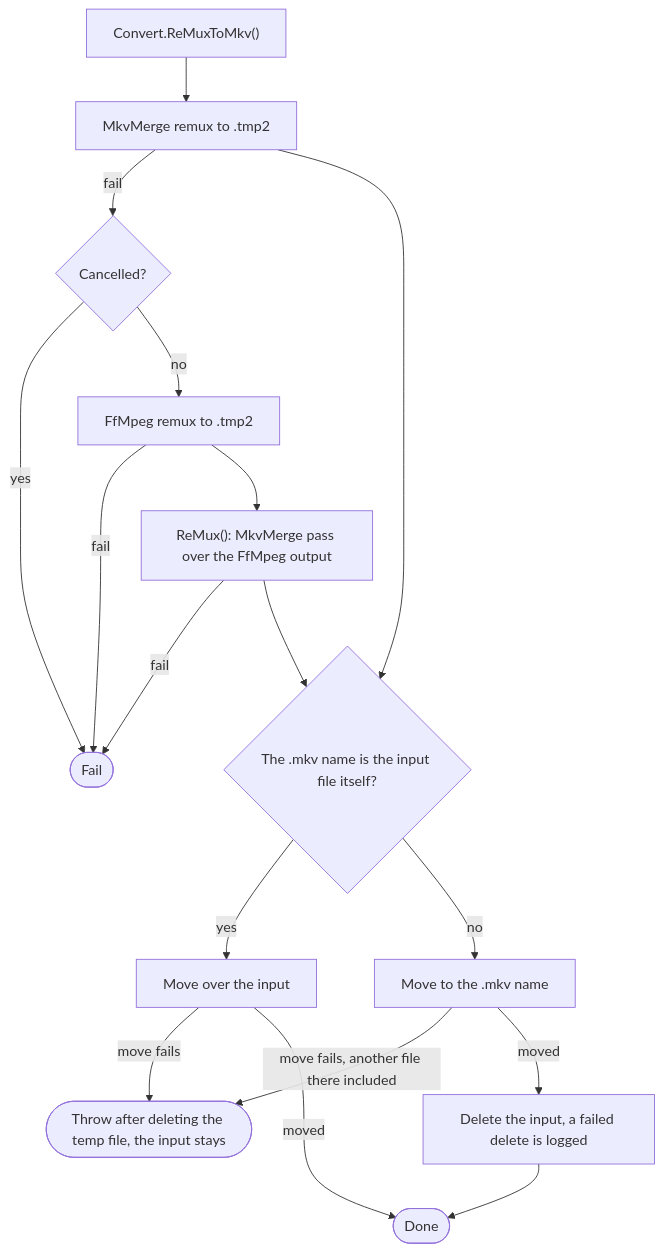
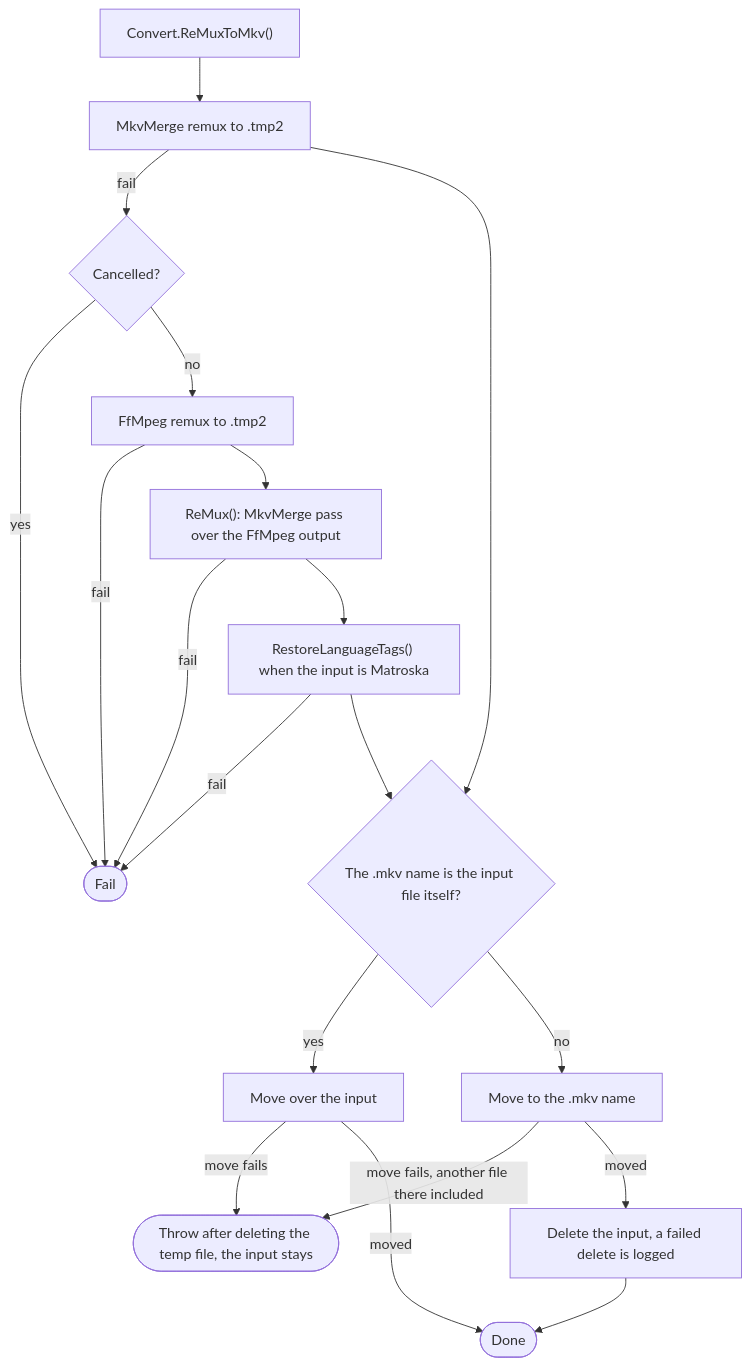
Before and after one commit to ptr727/PlexCleaner: the fifth of 20 diagrams in ARCHITECTURE.md, drawn with Mermaid. The commit also changed other lines of this file and 6 other files, not shown here.

First line of the commit message:
Restore IETF Language Tags After Every FFmpeg or HandBrake Rewrite

````diff
--- a/ARCHITECTURE.md
+++ b/ARCHITECTURE.md
@@ -435,19 +436,21 @@
 ```mermaid
 flowchart TD
   X0["Convert.ReMuxToMkv()"] --> X1["MkvMerge remux to .tmp2"]
   X1 -->|fail| X2{"Cancelled?"}
   X2 -->|yes| XF(["Fail"])
   X2 -->|no| X3["FfMpeg remux to .tmp2"]
   X3 -->|fail| XF
   X3 --> X4["ReMux(): MkvMerge pass over the FfMpeg output"]
   X4 -->|fail| XF
+  X4 --> X9["RestoreLanguageTags() when the input is Matroska"]
+  X9 -->|fail| XF
   X1 --> X5{"The .mkv name is the input file itself?"}
-  X4 --> X5
+  X9 --> X5
   X5 -->|yes| X6["Move over the input"]
   X5 -->|no| X7["Move to the .mkv name"]
   X6 -->|"move fails"| XT(["Throw after deleting the temp file, the input stays"])
   X7 -->|"move fails, another file there included"| XT
   X7 -->|moved| X8["Delete the input, a failed delete is logged"]
   X6 -->|moved| XOK(["Done"])
   X8 --> XOK
 ```
````
